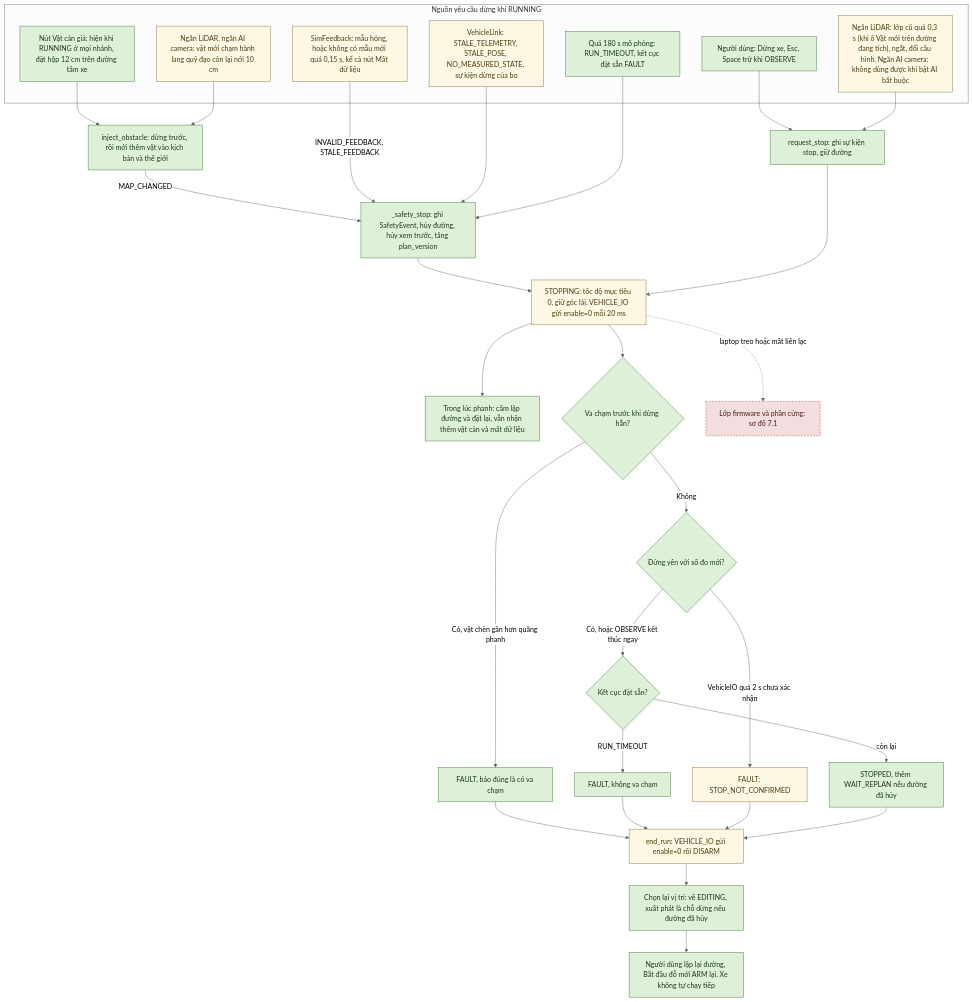
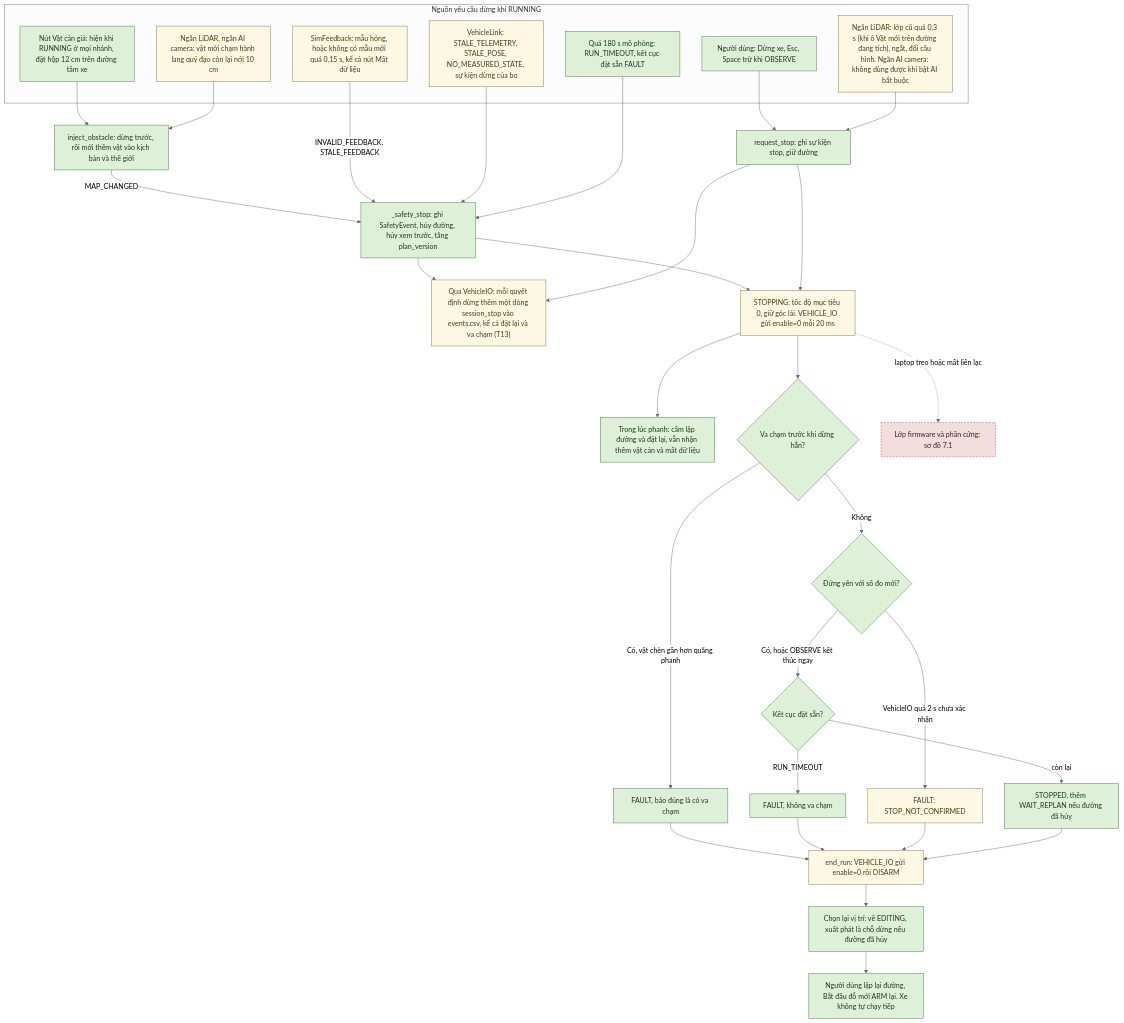
One commit to thbn12082/autopark changed diagram 15 of 49 in autopark/docs/SO_DO_HE_THONG.md. Above: the diagram before and after it, drawn with Mermaid (neutral theme). The commit also changed other lines of this file and 82 other files, not shown here.

````diff
--- a/autopark/docs/SO_DO_HE_THONG.md
+++ b/autopark/docs/SO_DO_HE_THONG.md
@@ -799,43 +886,45 @@
 ```mermaid
 flowchart TD
     subgraph NGUON["Nguồn yêu cầu dừng khi RUNNING"]
         U["Người dùng: Dừng xe, Esc, Space trừ khi OBSERVE"]
         GIA["Nút Vật cản giả: hiện khi RUNNING ở mọi nhánh, đặt hộp 12 cm trên đường tâm xe"]
         NEW["Ngăn LiDAR, ngăn AI camera: vật mới chạm hành lang quỹ đạo còn lại nới 10 cm"]
         OLD["Ngăn LiDAR: lớp cũ quá 0,3 s (khi ô Vật mới trên đường đang tích), ngắt, đổi cấu hình. Ngăn AI camera: không dùng được khi bật AI bắt buộc"]
         FBK["SimFeedback: mẫu hỏng, hoặc không có mẫu mới quá 0,15 s, kể cả nút Mất dữ liệu"]
         LNK["VehicleLink: STALE_TELEMETRY, STALE_POSE, NO_MEASURED_STATE, sự kiện dừng của bo"]
         TO["Quá 180 s mô phỏng: RUN_TIMEOUT, kết cục đặt sẵn FAULT"]
     end
     GIA --> MC["inject_obstacle: dừng trước, rồi mới thêm vật vào kịch bản và thế giới"]
     NEW --> MC
     MC -->|MAP_CHANGED| SS["_safety_stop: ghi SafetyEvent, hủy đường, hủy xem trước, tăng plan_version"]
     FBK -->|INVALID_FEEDBACK, STALE_FEEDBACK| SS
     LNK --> SS
     TO --> SS
     U --> RQ["request_stop: ghi sự kiện stop, giữ đường"]
     OLD --> RQ
+    SS --> SL["Qua VehicleIO: mỗi quyết định dừng thêm một dòng session_stop vào events.csv, kể cả đặt lại và va chạm (T13)"]
+    RQ --> SL
     SS --> STG["STOPPING: tốc độ mục tiêu 0, giữ góc lái. VEHICLE_IO gửi enable=0 mỗi 20 ms"]
     RQ --> STG
     STG --> LOCK["Trong lúc phanh: cấm lập đường và đặt lại, vẫn nhận thêm vật cản và mất dữ liệu"]
     STG --> COL{"Va chạm trước khi dừng hẳn?"}
     COL -->|Có, vật chèn gần hơn quãng phanh| F1["FAULT, báo đúng là có va chạm"]
     COL -->|Không| D{"Đứng yên với số đo mới?"}
     D -->|VehicleIO quá 2 s chưa xác nhận| F3["FAULT: STOP_NOT_CONFIRMED"]
     D -->|Có, hoặc OBSERVE kết thúc ngay| KQ{"Kết cục đặt sẵn?"}
     KQ -->|RUN_TIMEOUT| F2["FAULT, không va chạm"]
     KQ -->|còn lại| SP["STOPPED, thêm WAIT_REPLAN nếu đường đã hủy"]
     F1 --> KT["end_run: VEHICLE_IO gửi enable=0 rồi DISARM"]
     F2 --> KT
     F3 --> KT
     SP --> KT
     KT --> RS["Chọn lại vị trí: về EDITING, xuất phát là chỗ dừng nếu đường đã hủy"]
     RS --> RP["Người dùng lập lại đường, Bắt đầu đỗ mới ARM lại. Xe không tự chạy tiếp"]
     STG -.->|laptop treo hoặc mất liên lạc| FW["Lớp firmware và phần cứng: sơ đồ 7.1"]
     classDef daco fill:#dff0d8,stroke:#3c763d,color:#1b3a1b
     classDef giaLap fill:#fcf8e3,stroke:#8a6d3b,color:#4d3b12
     classDef chuaLam fill:#f2dede,stroke:#a94442,color:#4d1a1a,stroke-dasharray: 4 3
     class U,GIA,TO,MC,SS,RQ,LOCK,COL,F1,D,KQ,F2,SP,RS,RP daco
-    class NEW,OLD,FBK,LNK,STG,F3,KT giaLap
+    class NEW,OLD,FBK,LNK,STG,F3,KT,SL giaLap
     class FW chuaLam
 ```
````
